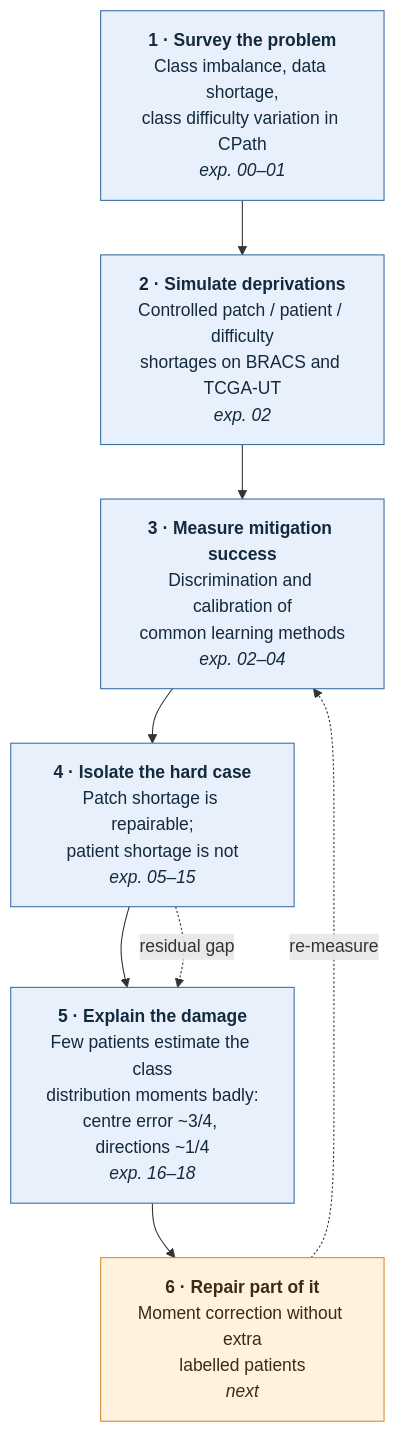
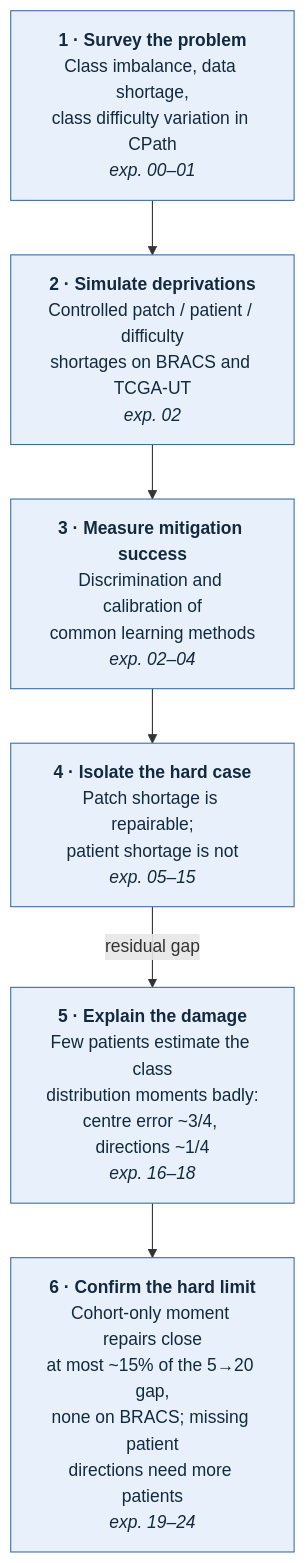
Before and after one commit to devWhyqueue/master-thesis: the diagram in README.md, drawn with Mermaid. The commit also changed 5 other files, not shown here.

````diff
--- a/README.md
+++ b/README.md
@@ -7,18 +7,14 @@
 ```mermaid
 flowchart TD
     S1["<b>1 · Survey the problem</b><br/>Class imbalance, data shortage,<br/>class difficulty variation in CPath<br/><i>exp. 00–01</i>"]
     S2["<b>2 · Simulate deprivations</b><br/>Controlled patch / patient / difficulty<br/>shortages on BRACS and TCGA-UT<br/><i>exp. 02</i>"]
     S3["<b>3 · Measure mitigation success</b><br/>Discrimination and calibration of<br/>common learning methods<br/><i>exp. 02–04</i>"]
     S4["<b>4 · Isolate the hard case</b><br/>Patch shortage is repairable;<br/>patient shortage is not<br/><i>exp. 05–15</i>"]
     S5["<b>5 · Explain the damage</b><br/>Few patients estimate the class<br/>distribution moments badly:<br/>centre error ~3/4, directions ~1/4<br/><i>exp. 16–18</i>"]
-    S6["<b>6 · Repair part of it</b><br/>Moment correction without extra<br/>labelled patients<br/><i>next</i>"]
+    S6["<b>6 · Confirm the hard limit</b><br/>Cohort-only moment repairs close<br/>at most ~15% of the 5→20 gap,<br/>none on BRACS; missing patient<br/>directions need more patients<br/><i>exp. 19–24</i>"]
 
-    S1 --> S2 --> S3 --> S4 --> S5 --> S6
-    S4 -. "residual gap" .-> S5
-    S6 -. "re-measure" .-> S3
+    S1 --> S2 --> S3 --> S4 -- "residual gap" --> S5 --> S6
 
     classDef done fill:#e8f1fb,stroke:#3b6ea5,stroke-width:1px,color:#13293d;
-    classDef open fill:#fff3e0,stroke:#d98b30,stroke-width:1px,color:#3d2a13;
-    class S1,S2,S3,S4,S5 done;
-    class S6 open;
+    class S1,S2,S3,S4,S5,S6 done;
 ```
````
